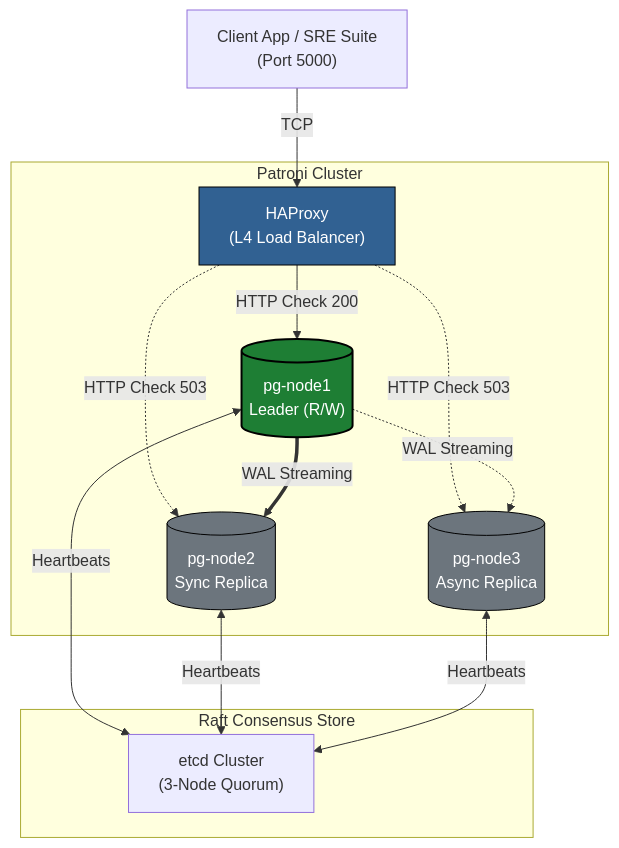
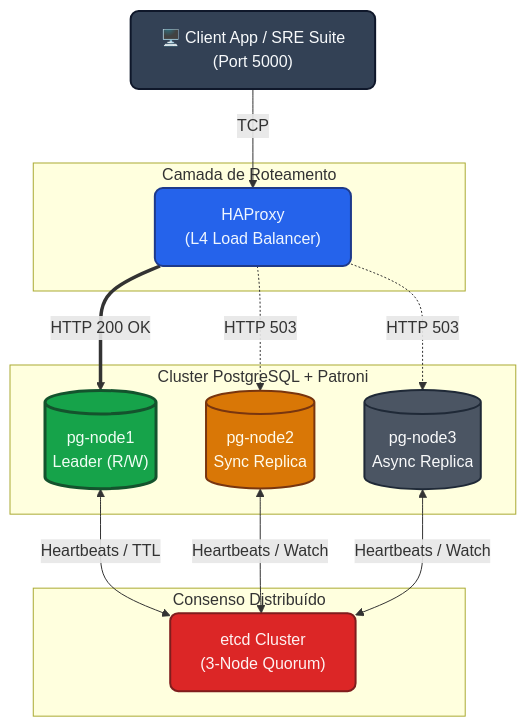
Before and after one commit to KevenGustavo/postgres-ha-auto-failover-lab: the diagram in README.MD, drawn with Mermaid.

Commit message:
Enhance architecture diagram with color definitions

````diff
--- a/README.MD
+++ b/README.MD
@@ -15,24 +15,36 @@
 ```mermaid  
-graph TD  
-    Client["Client App / SRE Suite<br>(Port 5000)"] -->|TCP| HAProxy["HAProxy<br>(L4 Load Balancer)"]  
-      
-    subgraph Patroni Cluster
-        HAProxy -->|HTTP Check 200| PG1[("pg-node1<br/>Leader (R/W)")]  
-        HAProxy -.->|HTTP Check 503| PG2[("pg-node2<br/>Sync Replica")]  
-        HAProxy -.->|HTTP Check 503| PG3[("pg-node3<br/>Async Replica")]  
-          
-        PG1 ==>|WAL Streaming| PG2  
-        PG1 -.->|WAL Streaming| PG3  
+graph TD
+    %% Definição de Paleta de Cores (Otimizada para Dark UI / Alto Contraste)
+    classDef client fill:#334155,stroke:#0f172a,stroke-width:2px,color:#f8fafc,rx:8,ry:8
+    classDef haproxy fill:#2563eb,stroke:#1e3a8a,stroke-width:2px,color:#eff6ff,rx:8,ry:8
+    classDef leader fill:#16a34a,stroke:#14532d,stroke-width:3px,color:#f0fdf4,rx:10,ry:10
+    classDef sync fill:#d97706,stroke:#78350f,stroke-width:2px,color:#fffbeb,rx:10,ry:10
+    classDef async fill:#4b5563,stroke:#1f2937,stroke-width:2px,color:#f9fafb,rx:10,ry:10
+    classDef etcd fill:#dc2626,stroke:#7f1d1d,stroke-width:2px,color:#fef2f2,rx:8,ry:8
+
+    Client["🖥️ Client App / SRE Suite<br/>(Port 5000)"]:::client -- "TCP" --> HAProxy
+
+    subgraph Gateway ["Camada de Roteamento"]
+        HAProxy["HAProxy<br/>(L4 Load Balancer)"]:::haproxy
     end
 
-    subgraph Raft Consensus Store  
-        PG1 <-->|Heartbeats| ETCD["etcd Cluster<br/>(3-Node Quorum)"]  
-        PG2 <-->|Heartbeats| ETCD  
-        PG3 <-->|Heartbeats| ETCD  
+    subgraph Patroni ["Cluster PostgreSQL + Patroni"]
+        PG1[("pg-node1<br/>Leader (R/W)")]:::leader
+        PG2[("pg-node2<br/>Sync Replica")]:::sync
+        PG3[("pg-node3<br/>Async Replica")]:::async
     end
 
-    style PG1 fill:#1e7e34,stroke:#000,stroke-width:2px,color:#fff  
-    style PG2 fill:#6c757d,stroke:#000,color:#fff  
-    style PG3 fill:#6c757d,stroke:#000,color:#fff  
-    style HAProxy fill:#316192,stroke:#000,color:#fff
+    subgraph Consensus ["Consenso Distribuído"]
+        ETCD["etcd Cluster<br/>(3-Node Quorum)"]:::etcd
+    end
+
+    %% Roteamento do HAProxy
+    HAProxy == "HTTP 200 OK" ==> PG1
+    HAProxy -. "HTTP 503" .-> PG2
+    HAProxy -. "HTTP 503" .-> PG3
+
+    %% Comunicação com etcd
+    PG1 <-->|"Heartbeats / TTL"| ETCD
+    PG2 <-->|"Heartbeats / Watch"| ETCD
+    PG3 <-->|"Heartbeats / Watch"| ETCD
 ```
````
